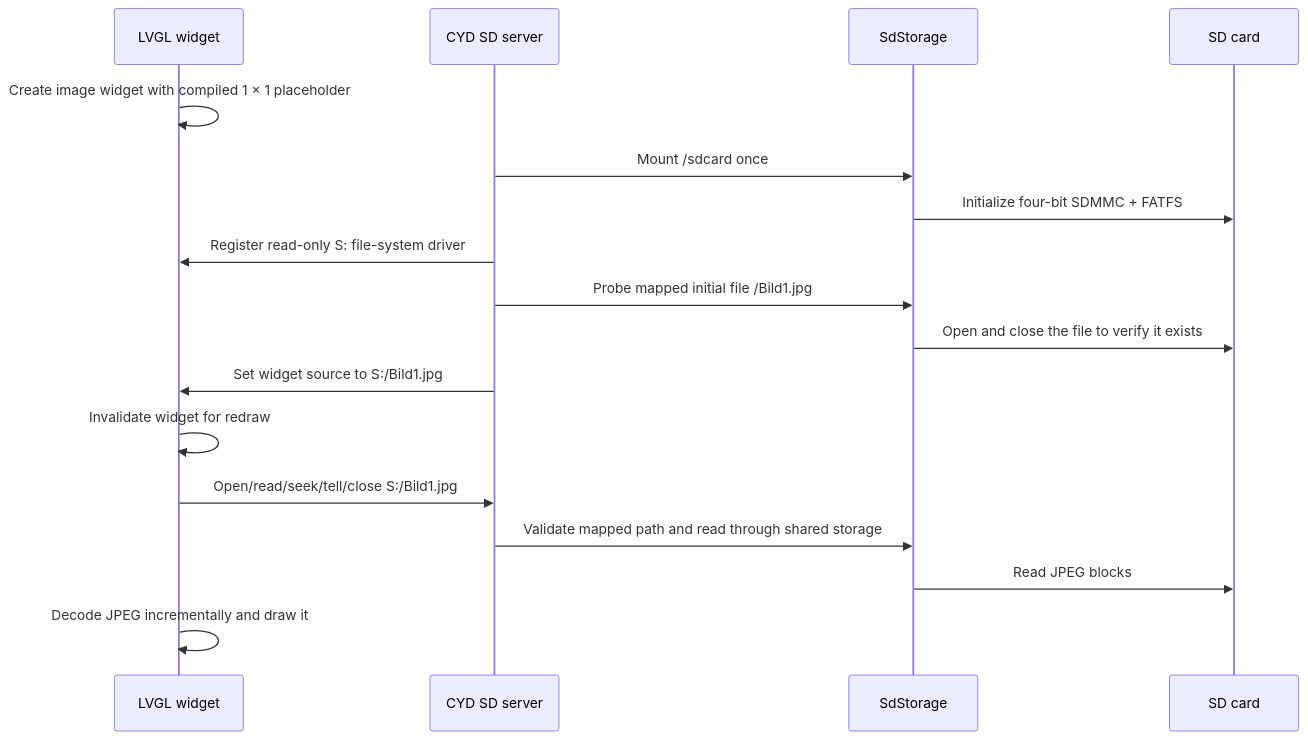
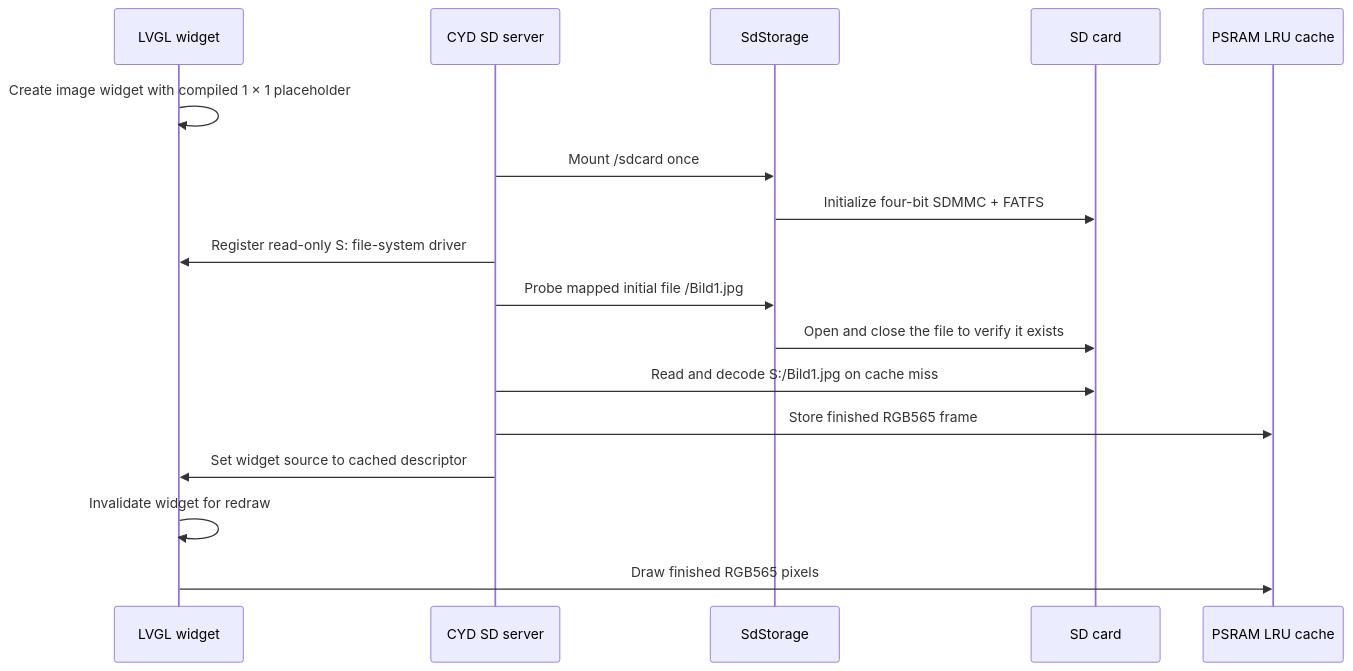
One commit to herrdivad/ESPHomeSDCardServer changed the third of 5 diagrams in docs/DIRECT_SD_IMAGE_WORKFLOW.md. Above: the diagram before and after it, drawn with Mermaid. The commit also changed other lines of this file and 9 other files, not shown here.

Commit message:
using cache and PSRAM to reduce image loading time significant

````diff
--- a/docs/DIRECT_SD_IMAGE_WORKFLOW.md
+++ b/docs/DIRECT_SD_IMAGE_WORKFLOW.md
@@ -116,20 +133,20 @@
 ```mermaid
 sequenceDiagram
     participant LVGL as LVGL widget
     participant Server as CYD SD server
     participant Store as SdStorage
     participant Card as SD card
+    participant Cache as PSRAM LRU cache
 
     LVGL->>LVGL: Create image widget with compiled 1 × 1 placeholder
     Server->>Store: Mount /sdcard once
     Store->>Card: Initialize four-bit SDMMC + FATFS
     Server->>LVGL: Register read-only S: file-system driver
     Server->>Store: Probe mapped initial file /Bild1.jpg
     Store->>Card: Open and close the file to verify it exists
-    Server->>LVGL: Set widget source to S:/Bild1.jpg
+    Server->>Card: Read and decode S:/Bild1.jpg on cache miss
+    Server->>Cache: Store finished RGB565 frame
+    Server->>LVGL: Set widget source to cached descriptor
     LVGL->>LVGL: Invalidate widget for redraw
-    LVGL->>Server: Open/read/seek/tell/close S:/Bild1.jpg
-    Server->>Store: Validate mapped path and read through shared storage
-    Store->>Card: Read JPEG blocks
-    LVGL->>LVGL: Decode JPEG incrementally and draw it
+    LVGL->>Cache: Draw finished RGB565 pixels
 ```
````
